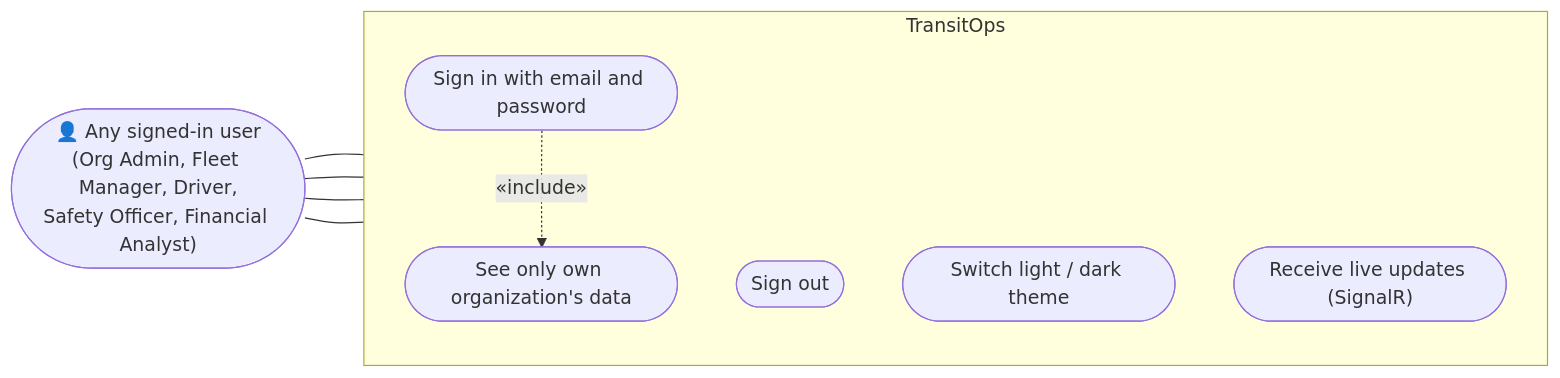
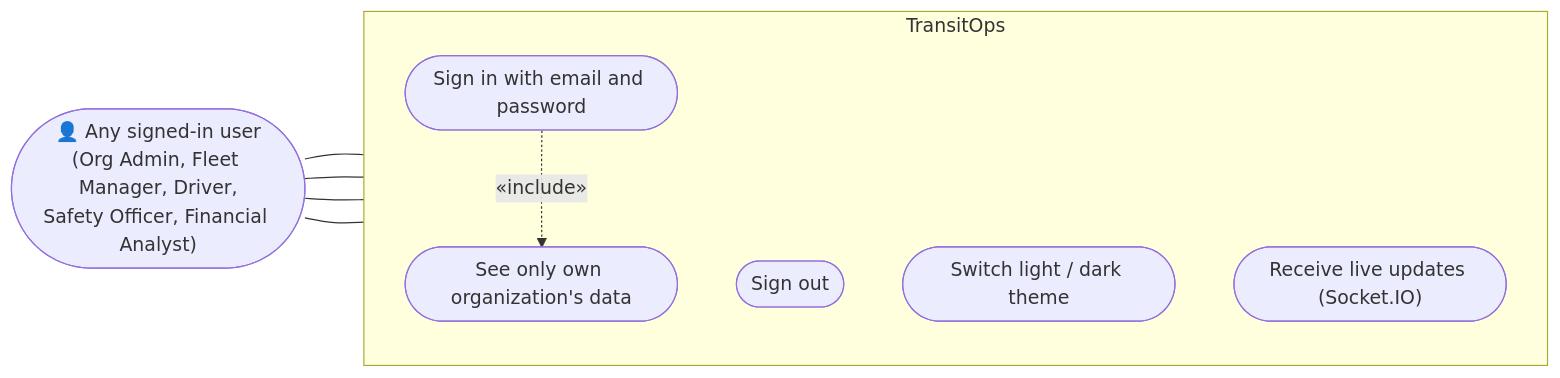
One commit to Bhavika-Giyanani/TransitOps changed the first of 6 diagrams in docs/uml/01-use-case.md. Above: the diagram before and after it, drawn with Mermaid. The commit also changed other lines of this file and 48 other files, not shown here.

````diff
--- a/docs/uml/01-use-case.md
+++ b/docs/uml/01-use-case.md
@@ -13,14 +13,14 @@
 ```mermaid
 flowchart LR
     U(["👤 Any signed-in user<br/>(Org Admin, Fleet Manager, Driver,<br/>Safety Officer, Financial Analyst)"])
     subgraph SYS["TransitOps"]
         direction TB
         C1(["Sign in with email and password"])
         C2(["Sign out"])
         C3(["Switch light / dark theme"])
-        C4(["Receive live updates (SignalR)"])
+        C4(["Receive live updates (Socket.IO)"])
         C5(["See only own organization's data"])
     end
     U --- C1 & C2 & C3 & C4
     C1 -. "«include»" .-> C5
 ```
````
